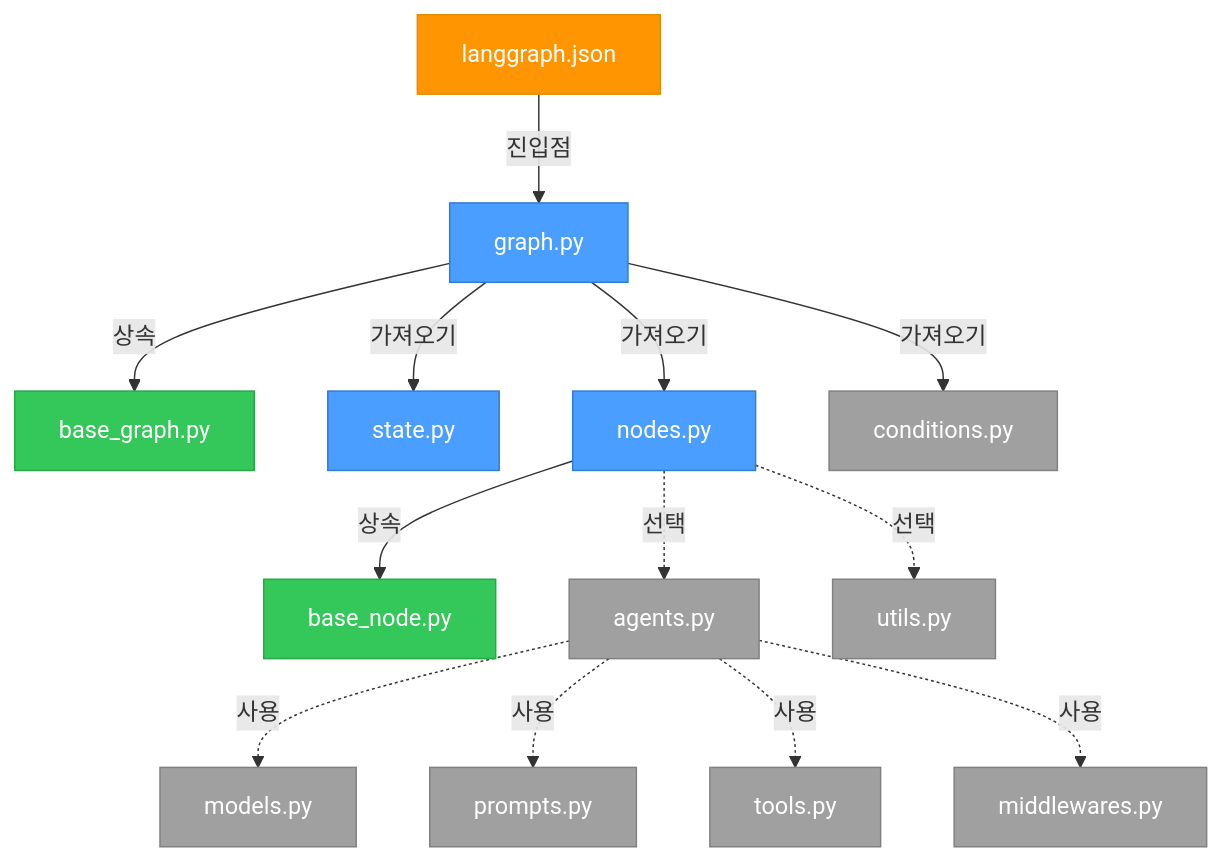
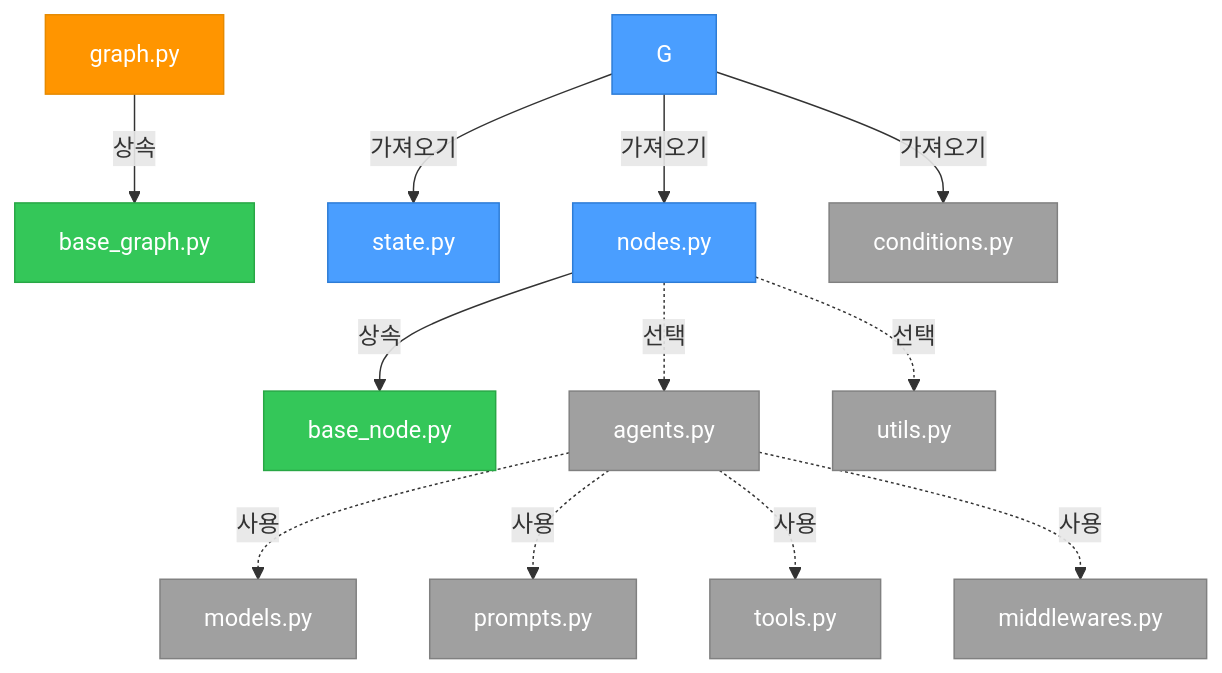
The first of 2 diagrams in README_KR.md (Proact0/act-operator), drawn with Mermaid before and after one commit. The commit also changed other lines of this file and 1 other file, not shown here.

Commit message:
docs: correct module connections in diagrams and remove outdated state schema section from README

````diff
--- a/README_KR.md
+++ b/README_KR.md
@@ -178,25 +178,24 @@
 ```mermaid
 graph TD
-    LG["langgraph.json"] -->|진입점| G["graph.py"]
-    G -->|상속| BG["base_graph.py"]
+    LG["graph.py"] -->|상속| BG["base_graph.py"]
     G -->|가져오기| S["state.py"]
     G -->|가져오기| N["nodes.py"]
     G -->|가져오기| CD["conditions.py"]
     N -->|상속| BN["base_node.py"]
     N -.->|선택| A["agents.py"]
     N -.->|선택| U["utils.py"]
     A -.->|사용| M["models.py"]
     A -.->|사용| P["prompts.py"]
     A -.->|사용| T["tools.py"]
     A -.->|사용| MW["middlewares.py"]
 
     classDef required fill:#4a9eff,stroke:#2d7cd6,color:#fff
     classDef optional fill:#a0a0a0,stroke:#808080,color:#fff
     classDef base fill:#34c759,stroke:#28a745,color:#fff
     classDef entry fill:#ff9500,stroke:#e68a00,color:#fff
 
     class LG entry
     class G,S,N required
     class BG,BN base
     class CD,A,T,MW,M,P,U optional
 ```
````
